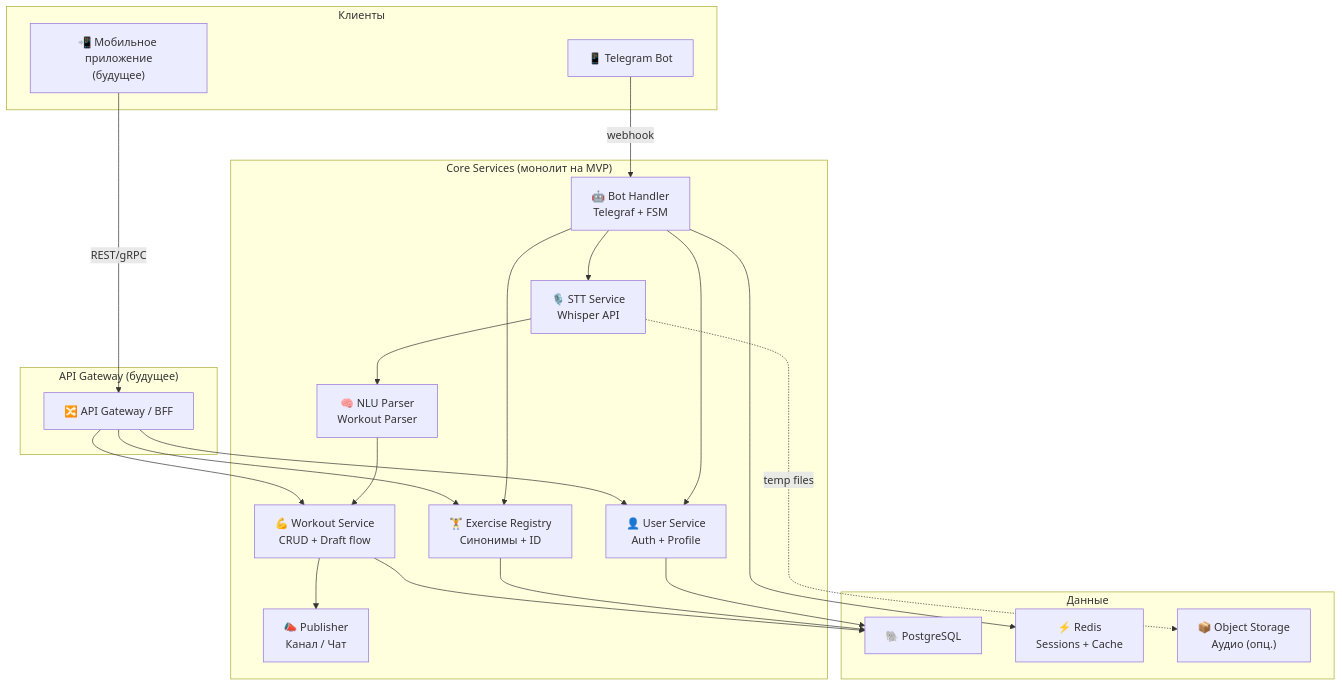
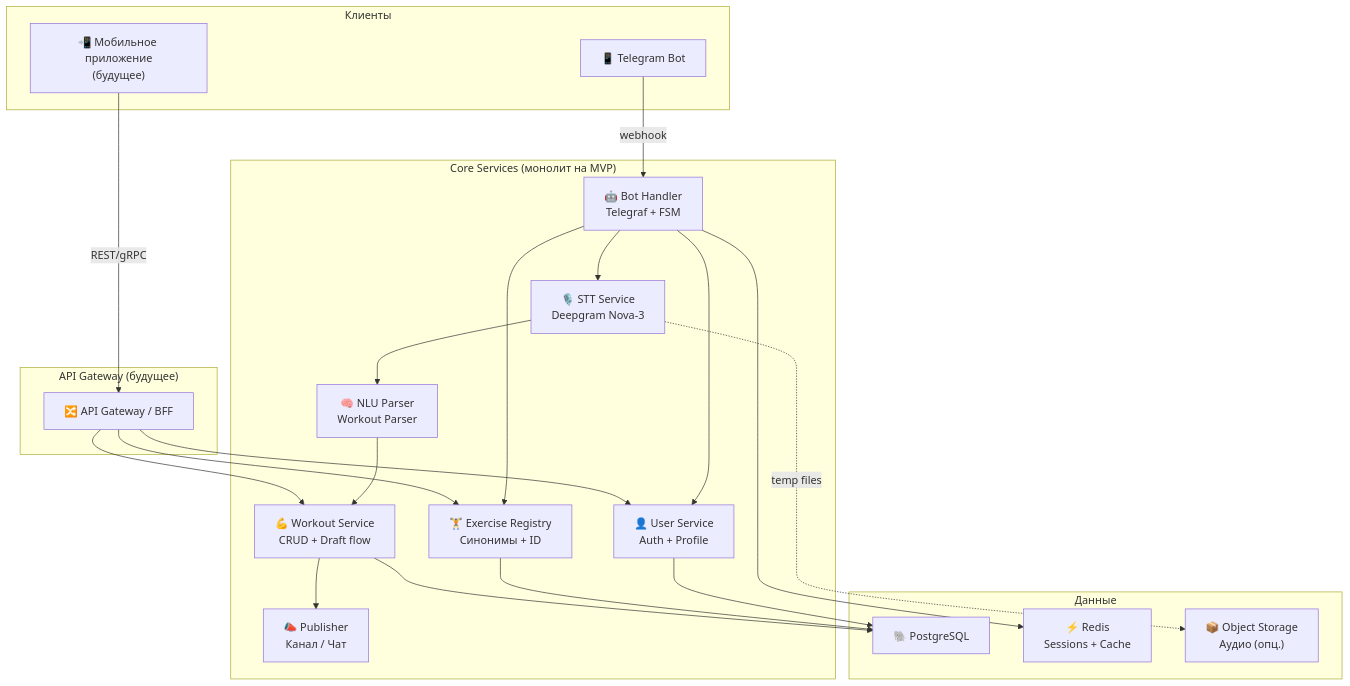
One commit to LISBON11/fit-bot changed the first of 8 diagrams in docs/architecture/design/SYSTEM_DESIGN.md. Above: the diagram before and after it, drawn with Mermaid. The commit also changed other lines of this file and 7 other files, not shown here.

First line of the commit message:
docs(architecture): add ADRs and update system design for STT/NLU migration

````diff
--- a/docs/architecture/design/SYSTEM_DESIGN.md
+++ b/docs/architecture/design/SYSTEM_DESIGN.md
@@ -28,40 +28,40 @@
 ```mermaid
 graph TB
     subgraph "Клиенты"
         TG["📱 Telegram Bot"]
         APP["📲 Мобильное приложение<br/>(будущее)"]
     end
 
     subgraph "API Gateway (будущее)"
         GW["🔀 API Gateway / BFF"]
     end
 
     subgraph "Core Services (монолит на MVP)"
         BOT["🤖 Bot Handler<br/>Telegraf + FSM"]
-        STT["🎙️ STT Service<br/>Whisper API"]
+        STT["🎙️ STT Service<br/>Deepgram Nova-3"]
         NLU["🧠 NLU Parser<br/>Workout Parser"]
         WRK["💪 Workout Service<br/>CRUD + Draft flow"]
         EXR["🏋️ Exercise Registry<br/>Синонимы + ID"]
         USR["👤 User Service<br/>Auth + Profile"]
         PUB["📣 Publisher<br/>Канал / Чат"]
     end
 
     subgraph "Данные"
         PG["🐘 PostgreSQL"]
         REDIS["⚡ Redis<br/>Sessions + Cache"]
         S3["📦 Object Storage<br/>Аудио (опц.)"]
     end
 
     TG -->|webhook| BOT
     APP -->|REST/gRPC| GW
     GW --> WRK & USR & EXR
     BOT --> STT --> NLU --> WRK
     BOT --> EXR
     BOT --> USR
     WRK --> PUB
     WRK --> PG
     EXR --> PG
     USR --> PG
     BOT --> REDIS
     STT -.->|temp files| S3
 ```
````
